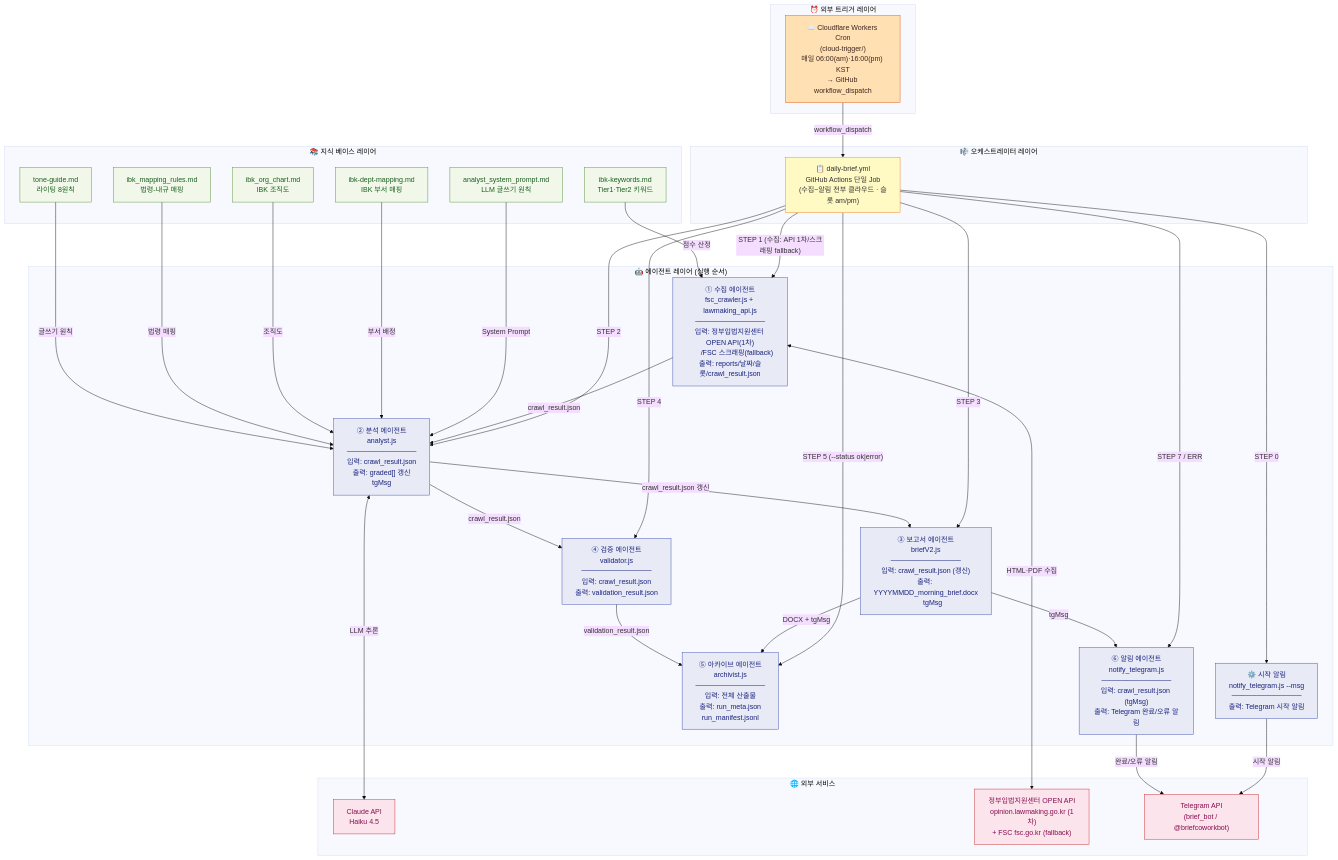
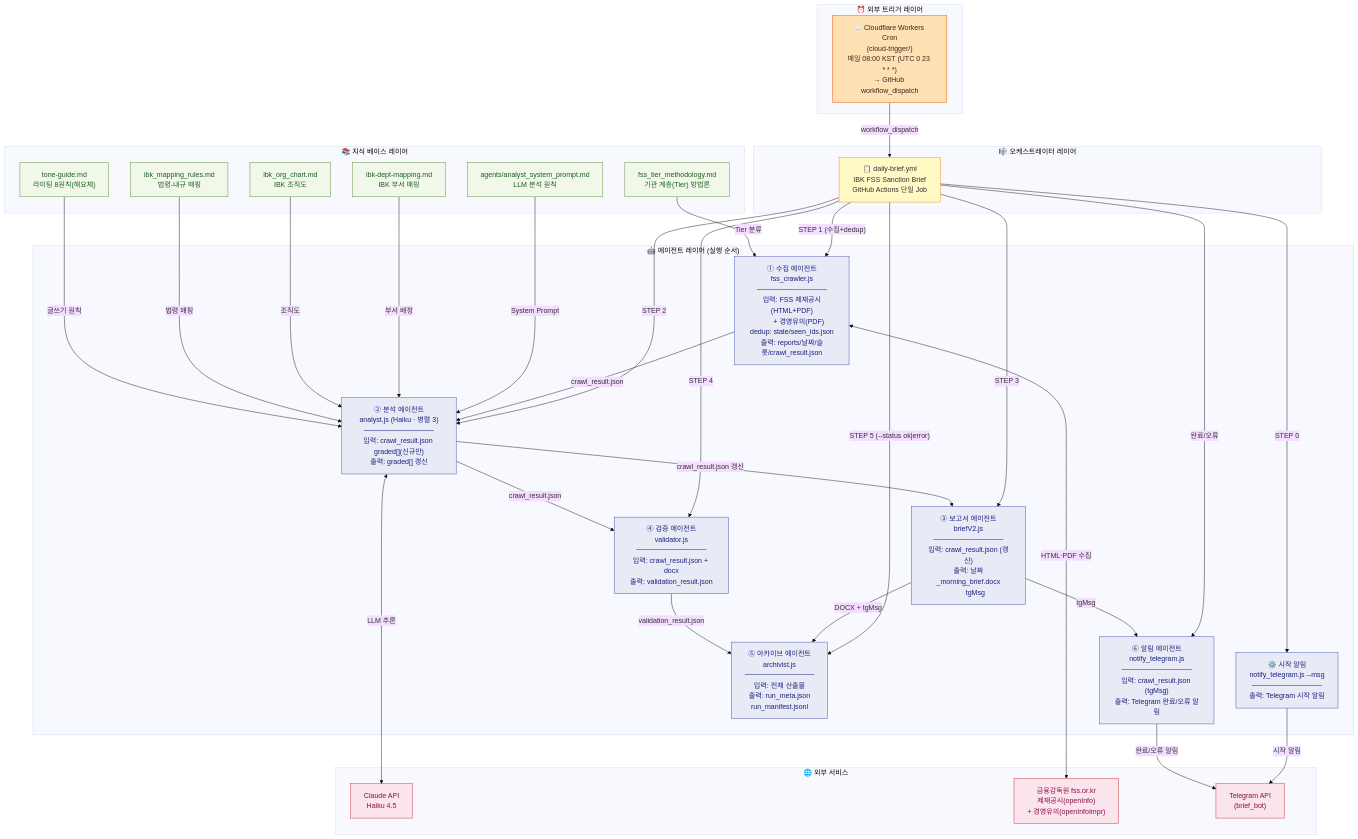
One commit to pyorocop-lang/ibk-FSS-brief changed the first of 2 diagrams in docs/AGENT_ORG_CHART.md. Above: the diagram before and after it, drawn with Mermaid (base theme). The commit also changed other lines of this file and 23 other files, not shown here.

````diff
--- a/docs/AGENT_ORG_CHART.md
+++ b/docs/AGENT_ORG_CHART.md
@@ -10,76 +10,76 @@
 ```mermaid
 flowchart TD
     subgraph TRIGGER["⏰ 외부 트리거 레이어"]
-        TRG1["☁️ Cloudflare Workers Cron\n(cloud-trigger/)\n매일 06:00(am)·16:00(pm) KST\n→ GitHub workflow_dispatch"]
+        TRG1["☁️ Cloudflare Workers Cron\n(cloud-trigger/)\n매일 08:00 KST (UTC 0 23 * * *)\n→ GitHub workflow_dispatch"]
     end
 
     subgraph ORCHESTRATOR["🎼 오케스트레이터 레이어"]
-        ORC1["📋 daily-brief.yml\nGitHub Actions 단일 Job\n(수집~알림 전부 클라우드 · 슬롯 am/pm)"]
+        ORC1["📋 daily-brief.yml\nIBK FSS Sanction Brief\nGitHub Actions 단일 Job"]
     end
 
     subgraph AGENTS["🤖 에이전트 레이어 (실행 순서)"]
         A0["⚙️ 시작 알림\nnotify_telegram.js --msg\n──────────────\n출력: Telegram 시작 알림"]
-        A1["① 수집 에이전트\nfsc_crawler.js + lawmaking_api.js\n──────────────\n입력: 정부입법지원센터 OPEN API(1차)\n       /FSC 스크래핑(fallback)\n출력: reports/날짜/슬롯/crawl_result.json"]
-        A2["② 분석 에이전트\nanalyst.js\n──────────────\n입력: crawl_result.json\n출력: graded[] 갱신\n       tgMsg"]
-        A3["③ 보고서 에이전트\nbriefV2.js\n──────────────\n입력: crawl_result.json (갱신)\n출력: YYYYMMDD_morning_brief.docx\n       tgMsg"]
-        A4["④ 검증 에이전트\nvalidator.js\n──────────────\n입력: crawl_result.json\n출력: validation_result.json"]
+        A1["① 수집 에이전트\nfss_crawler.js\n──────────────\n입력: FSS 제재공시(HTML+PDF)\n       + 경영유의(PDF)\ndedup: state/seen_ids.json\n출력: reports/날짜/슬롯/crawl_result.json"]
+        A2["② 분석 에이전트\nanalyst.js (Haiku · 병렬 3)\n──────────────\n입력: crawl_result.json graded[](신규만)\n출력: graded[] 갱신"]
+        A3["③ 보고서 에이전트\nbriefV2.js\n──────────────\n입력: crawl_result.json (갱신)\n출력: 날짜_morning_brief.docx\n       tgMsg"]
+        A4["④ 검증 에이전트\nvalidator.js\n──────────────\n입력: crawl_result.json + docx\n출력: validation_result.json"]
         A5["⑤ 아카이브 에이전트\narchivist.js\n──────────────\n입력: 전체 산출물\n출력: run_meta.json\n       run_manifest.jsonl"]
         A6["⑥ 알림 에이전트\nnotify_telegram.js\n──────────────\n입력: crawl_result.json (tgMsg)\n출력: Telegram 완료/오류 알림"]
     end
 
     subgraph KNOWLEDGE["📚 지식 베이스 레이어"]
-        K1["analyst_system_prompt.md\nLLM 글쓰기 원칙"]
+        K1["agents/analyst_system_prompt.md\nLLM 분석 원칙"]
         K2["ibk-dept-mapping.md\nIBK 부서 매핑"]
         K3["ibk_org_chart.md\nIBK 조직도"]
         K4["ibk_mapping_rules.md\n법령-내규 매핑"]
-        K5["ibk-keywords.md\nTier1·Tier2 키워드"]
-        K6["tone-guide.md\n라이팅 8원칙"]
+        K5["fss_tier_methodology.md\n기관 계층(Tier) 방법론"]
+        K6["tone-guide.md\n라이팅 8원칙(해요체)"]
     end
 
     subgraph EXTERNAL["🌐 외부 서비스"]
         EXT1["Claude API\nHaiku 4.5"]
-        EXT2["정부입법지원센터 OPEN API\nopinion.lawmaking.go.kr (1차)\n+ FSC fsc.go.kr (fallback)"]
-        EXT3["Telegram API\n(brief_bot / @briefcoworkbot)"]
+        EXT2["금융감독원 fss.or.kr\n제재공시(openInfo)\n+ 경영유의(openInfoImpr)"]
+        EXT3["Telegram API\n(brief_bot)"]
     end
 
     TRG1 -->|"workflow_dispatch"| ORC1
 
     ORC1 -->|"STEP 0"| A0
-    ORC1 -->|"STEP 1 (수집: API 1차/스크래핑 fallback)"| A1
+    ORC1 -->|"STEP 1 (수집+dedup)"| A1
     ORC1 -->|"STEP 2"| A2
     ORC1 -->|"STEP 3"| A3
     ORC1 -->|"STEP 4"| A4
     ORC1 -->|"STEP 5 (--status ok|error)"| A5
-    ORC1 -->|"STEP 7 / ERR"| A6
+    ORC1 -->|"완료/오류"| A6
 
     A1 -->|"crawl_result.json"| A2
     A2 -->|"crawl_result.json 갱신"| A3
     A2 -->|"crawl_result.json"| A4
     A3 -->|"DOCX + tgMsg"| A5
     A4 -->|"validation_result.json"| A5
     A3 -->|"tgMsg"| A6
 
     K1 -->|"System Prompt"| A2
     K2 -->|"부서 배정"| A2
     K3 -->|"조직도"| A2
     K4 -->|"법령 매핑"| A2
-    K5 -->|"점수 산정"| A1
+    K5 -->|"Tier 분류"| A1
     K6 -->|"글쓰기 원칙"| A2
 
     A1 <-->|"HTML·PDF 수집"| EXT2
     A2 <-->|"LLM 추론"| EXT1
     A0 -->|"시작 알림"| EXT3
     A6 -->|"완료/오류 알림"| EXT3
 
     classDef trigger fill:#FFE0B2,stroke:#E65100,color:#3E2723
     classDef orch fill:#FFF9C4,stroke:#F57F17,color:#333
     classDef agent fill:#E8EAF6,stroke:#3949AB,color:#1A237E
     classDef knowledge fill:#F1F8E9,stroke:#558B2F,color:#1B5E20
     classDef external fill:#FCE4EC,stroke:#C62828,color:#880E4F
 
     class TRG1 trigger
     class ORC1 orch
     class A0,A1,A2,A3,A4,A5,A6 agent
     class K1,K2,K3,K4,K5,K6 knowledge
     class EXT1,EXT2,EXT3 external
 ```
````
